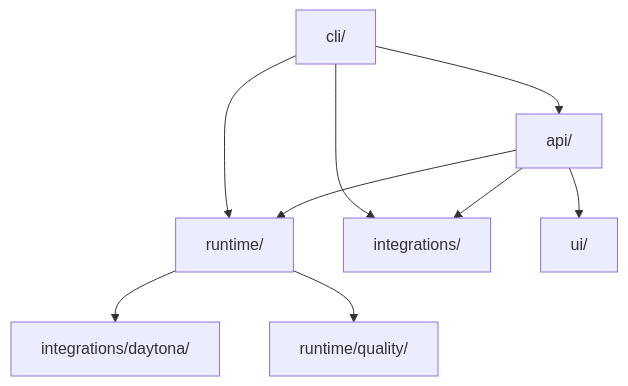
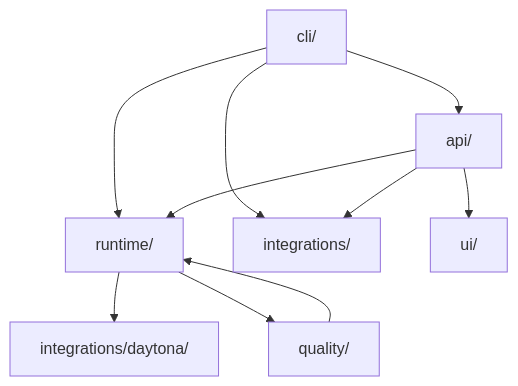
Before and after one commit to Qredence/fleet-rlm: the diagram in docs/reference/codebase-map.md, drawn with Mermaid. The commit also changed other lines of this file and 98 other files, not shown here.

````diff
--- a/docs/reference/codebase-map.md
+++ b/docs/reference/codebase-map.md
@@ -18,13 +19,14 @@
 ```mermaid
 graph TB
     CLI["cli/"] --> API
     CLI --> RUNTIME
     CLI --> INTEGRATIONS
 
     API["api/"] --> RUNTIME["runtime/"]
     API --> INTEGRATIONS["integrations/"]
     API --> UI["ui/"]
 
     RUNTIME --> DAYTONA["integrations/daytona/"]
-    RUNTIME --> QUALITY["runtime/quality/"]
+    RUNTIME --> QUALITY["quality/"]
+    QUALITY --> RUNTIME
 ```
````
